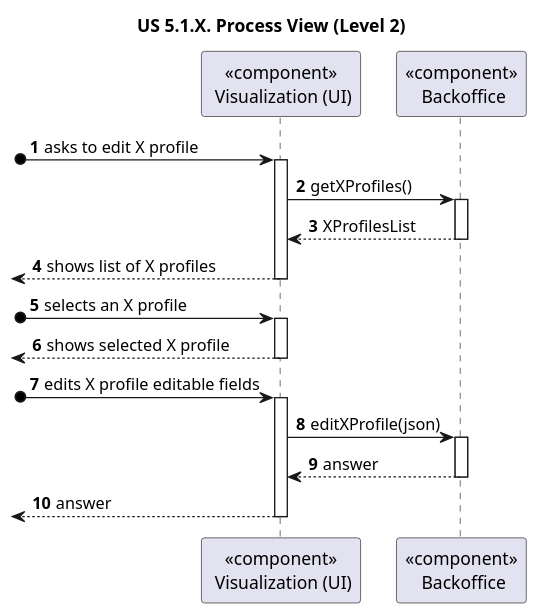
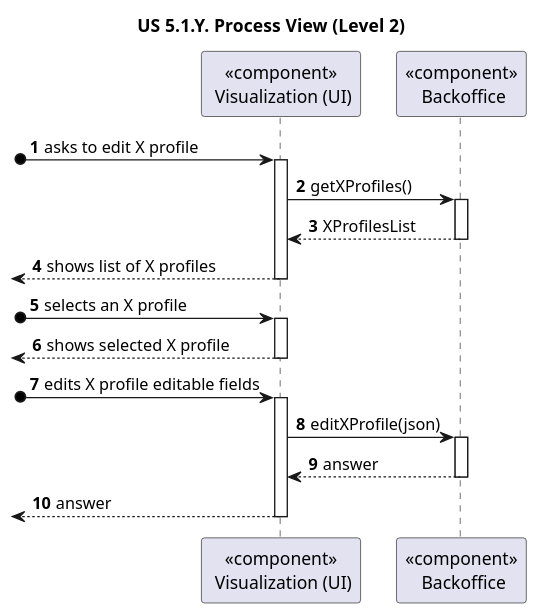
The diagram in docs/sprint-1/1221933/general-process-view-diagrams/edit-profiles/n2/process-view-nivel2.puml (rita-barbosa/LAPR5-2425), drawn with PlantUML before and after one commit. The commit also changed 3 other files, not shown here.

Commit message:
DG38-105, DG38-113 | docs: updates general design diagrams (process view diagrams for level 1 and 2) for us-5.1.9 and us-5.1.13

```diff
--- a/docs/sprint-1/1221933/general-process-view-diagrams/edit-profiles/n2/process-view-nivel2.puml
+++ b/docs/sprint-1/1221933/general-process-view-diagrams/edit-profiles/n2/process-view-nivel2.puml
@@ -1,45 +1,45 @@
 @startuml
 'https://plantuml.com/sequence-diagram
 
-title "US 5.1.X. Process View (Level 2)"
+title "US 5.1.Y. Process View (Level 2)"
 
 autonumber
 
 participant "<<component>>\n Visualization (UI)" as UI
 participant "<<component>>\n Backoffice" as BACK
 
 
 [o-> UI : asks to edit X profile
 activate UI
 
 UI -> BACK : getXProfiles()
 activate BACK
 
 BACK --> UI : XProfilesList
 deactivate BACK
 
 
 <-- UI : shows list of X profiles
 deactivate UI
 
 
 [o-> UI : selects an X profile
 activate UI
 
 <-- UI : shows selected X profile
 deactivate UI
 
 
 [o-> UI : edits X profile editable fields
 activate UI
 
 UI -> BACK : editXProfile(json)
 activate BACK
 
 BACK --> UI : answer
 deactivate BACK
 
 <-- UI : answer
 deactivate UI
 
 @enduml
```
